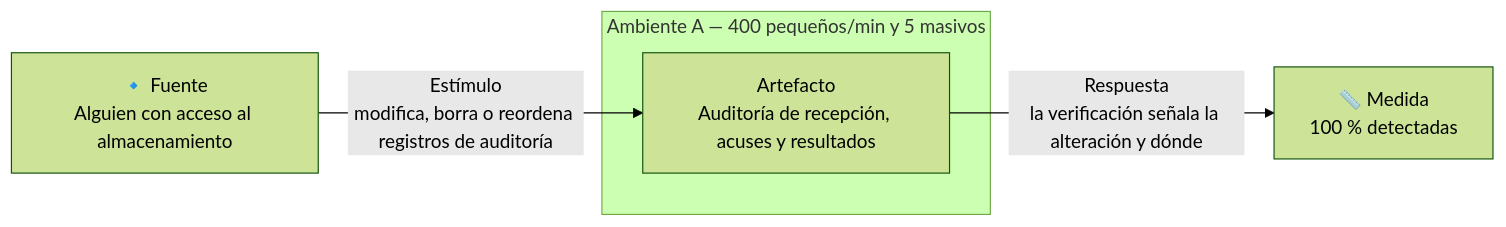
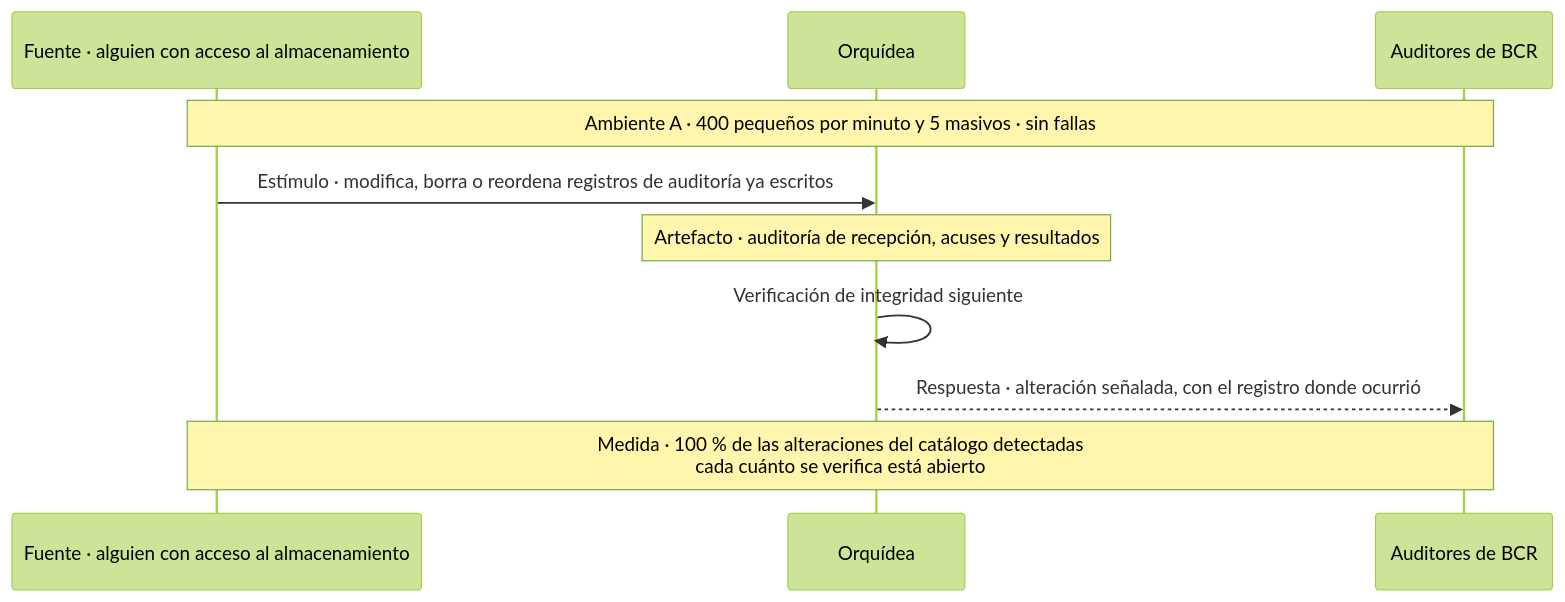
Before and after one commit to MATI-MBIT/arqsoft-reto-4: diagram 16 of 17 in docs/quality-attributes.md, drawn with Mermaid (forest theme). The commit also changed other lines of this file, not shown here.

Commit message:
Cambia los diagramas de los ASR por diagramas de secuencia con t0, t1 y la medida

````diff
--- a/docs/quality-attributes.md
+++ b/docs/quality-attributes.md
@@ -514,9 +600,12 @@
 ```mermaid
-flowchart LR
-    F["🔹 Fuente<br/>Alguien con acceso al almacenamiento"]
-    F -- "Estímulo<br/>modifica, borra o reordena registros de auditoría" --> A
-    subgraph AMB["Ambiente A — 400 pequeños/min y 5 masivos"]
-        A["Artefacto<br/>Auditoría de recepción, acuses y resultados"]
-    end
-    A -- "Respuesta<br/>la verificación señala la alteración y dónde" --> M["📏 Medida<br/>100 % detectadas"]
+sequenceDiagram
+    participant X as Fuente · alguien con acceso al almacenamiento
+    participant O as Orquídea
+    participant Au as Auditores de BCR
+    Note over X,Au: Ambiente A · 400 pequeños por minuto y 5 masivos · sin fallas
+    X->>O: Estímulo · modifica, borra o reordena registros de auditoría ya escritos
+    Note over O: Artefacto · auditoría de recepción, acuses y resultados
+    O->>O: Verificación de integridad siguiente
+    O-->>Au: Respuesta · alteración señalada, con el registro donde ocurrió
+    Note over X,Au: Medida · 100 % de las alteraciones del catálogo detectadas<br/>cada cuánto se verifica está abierto
 ```
````
